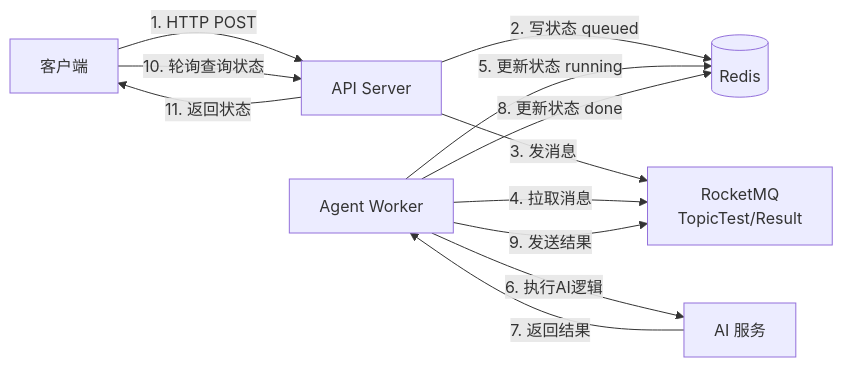
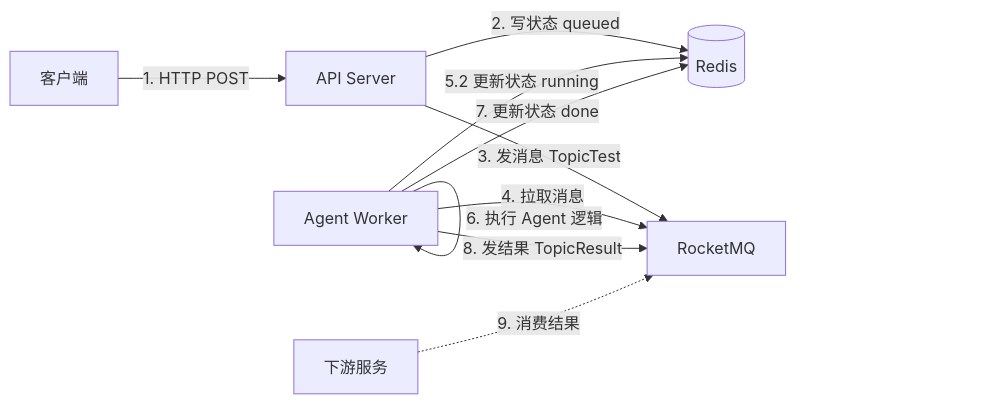
The diagram in README.md (refreshing-wind/agent_prod), drawn with Mermaid before and after one commit. The commit also changed other lines of this file, not shown here.

````diff
--- a/README.md
+++ b/README.md
@@ -194,14 +199,15 @@
 ```mermaid
 graph LR
     A[客户端] -->|1. HTTP POST| B[API Server]
     B -->|2. 写状态 queued| C[(Redis)]
-    B -->|3. 发消息| D[RocketMQ<br/>TopicTest/Result]
+    B -->|3. 发消息 TopicTest| D[RocketMQ]
+    
     E[Agent Worker] -->|4. 拉取消息| D
-    E -->|5. 更新状态 running| C
-    E -->|6. 执行AI逻辑| F[AI 服务]
-    F -->|7. 返回结果| E
-    E -->|8. 更新状态 done| C
-    E -->|9. 发送结果| D
-    A -->|10. 轮询查询状态| B
-    B -->|11. 返回状态| A
+    E -->|5.1 检查并发| E
+    E -->|5.2 更新状态 running| C
+    E -->|6. 执行 Agent 逻辑| E
+    E -->|7. 更新状态 done| C
+    E -->|8. 发结果 TopicResult| D
+    
+    F[下游服务] -.->|9. 消费结果| D
 ```
````
